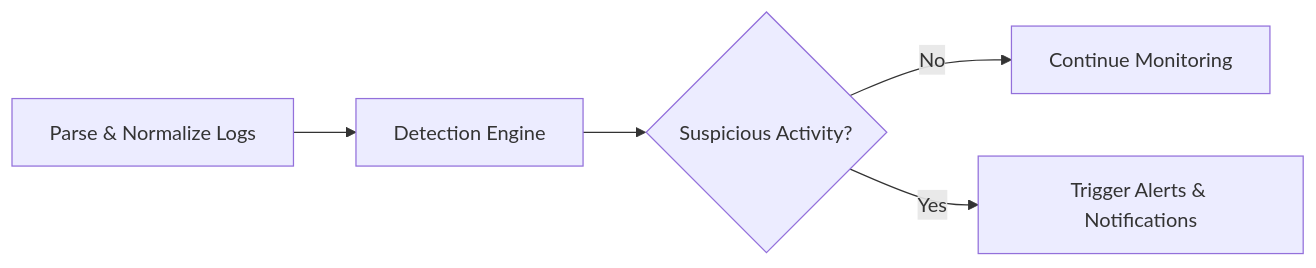
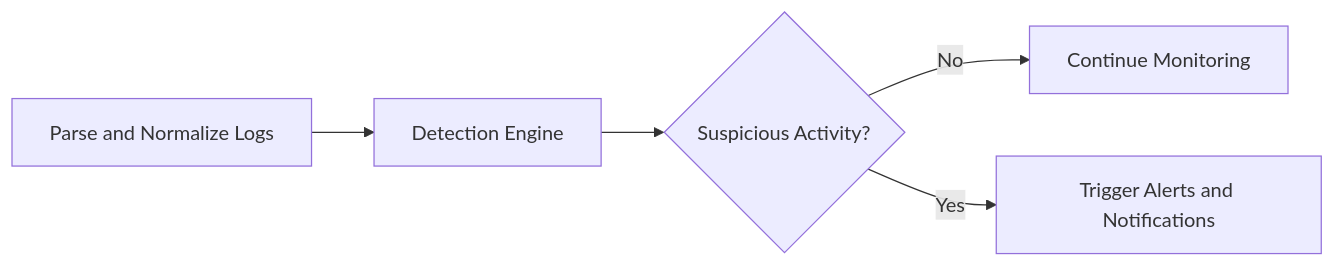
Before and after one commit to codingguru2221/Log-Detector: the third of 4 diagrams in README.md, drawn with Mermaid. The commit also changed other lines of this file, not shown here.

````diff
--- a/README.md
+++ b/README.md
@@ -155,7 +153,7 @@
 ```mermaid
 graph LR
-    H[Parse & Normalize Logs] --> J[Detection Engine]
+    H[Parse and Normalize Logs] --> J[Detection Engine]
     J --> K{Suspicious Activity?}
     K -->|No| L[Continue Monitoring]
-    K -->|Yes| M[Trigger Alerts & Notifications]
+    K -->|Yes| M[Trigger Alerts and Notifications]
 ```
````
